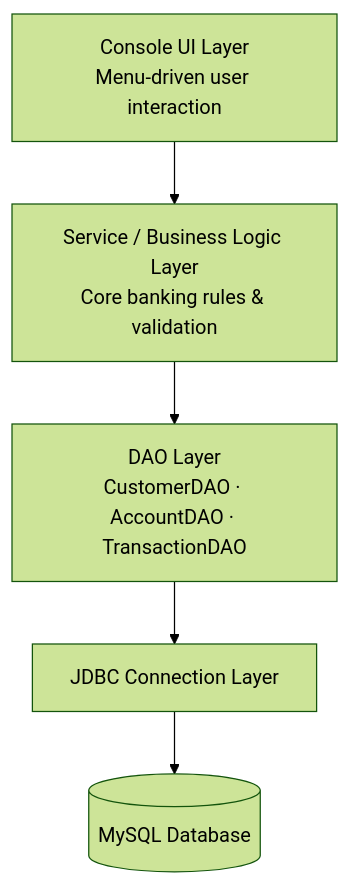
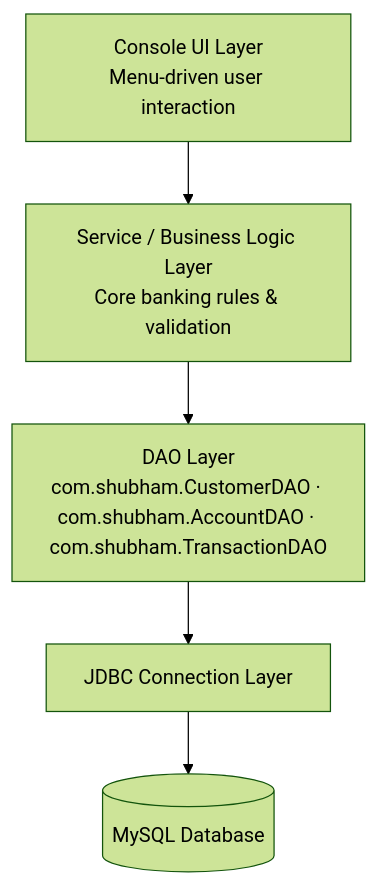
Before and after one commit to dev-jshubham/bank-management-system: the first of 2 diagrams in Readme.md, drawn with Mermaid (forest theme). The commit also changed other lines of this file and 12 other files, not shown here.

````diff
--- a/Readme.md
+++ b/Readme.md
@@ -91,7 +91,7 @@
 ```mermaid
 flowchart TD
     A[Console UI Layer<br/>Menu-driven user interaction] --> B[Service / Business Logic Layer<br/>Core banking rules & validation]
-    B --> C[DAO Layer<br/>CustomerDAO · AccountDAO · TransactionDAO]
+    B --> C[DAO Layer<br/>com.shubham.CustomerDAO · com.shubham.AccountDAO · com.shubham.TransactionDAO]
     C --> D[JDBC Connection Layer]
     D --> E[(MySQL Database)]
 ```
````
